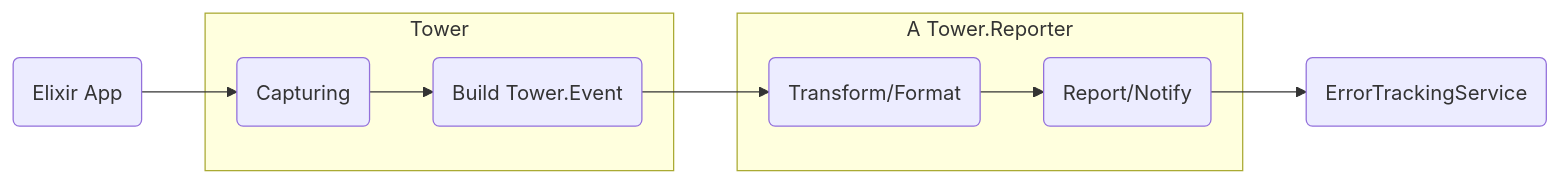
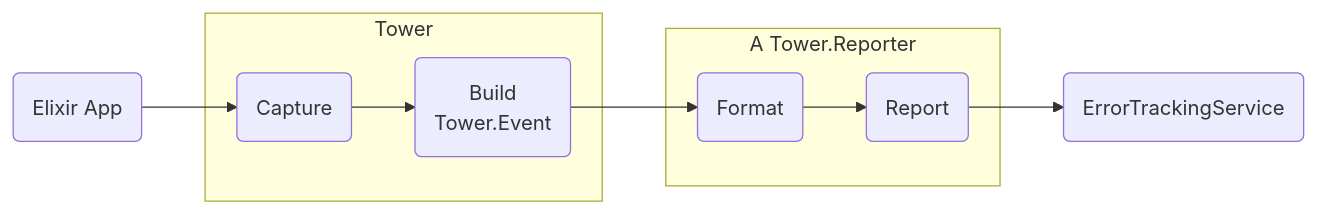
One commit to mimiquate/tower changed the second of 3 diagrams in README.md. Above: the diagram before and after it, drawn with Mermaid. The commit also changed other lines of this file and 1 other file, not shown here.

Commit message:
docs: cleans diagrams

````diff
--- a/README.md
+++ b/README.md
@@ -61,12 +61,12 @@
 ```mermaid
-flowchart LR;
-  A(Elixir App) --> B(Capturing);
+flowchart LR
+  A(Elixir App) --> B(Capture)
   subgraph Tower
-  B --> C("Build Tower.Event");
+  B --> C("Build<br />Tower.Event")
   end
   subgraph A Tower.Reporter
-  C --> D("Transform/Format");
-  D --> E("Report/Notify");
+  C --> D("Format")
+  D --> E("Report")
   end
-  E --> F("ErrorTrackingService");
+  E --> F("ErrorTrackingService")
 ```
````
